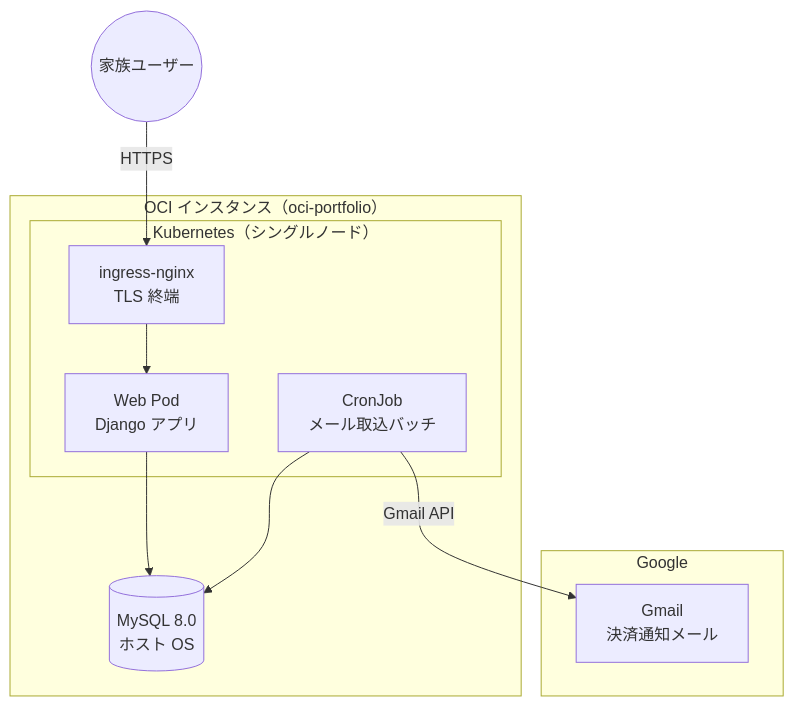
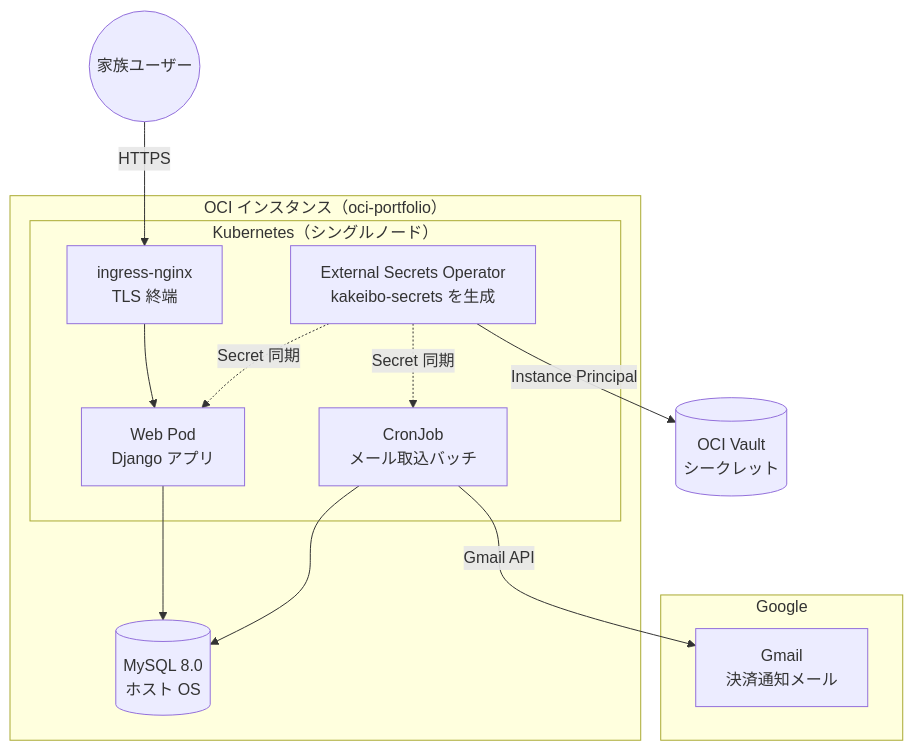
Before and after one commit to Seiya-Nakagawa/kakeibo: the first of 3 diagrams in docs/02.設計/基本設計書.md, drawn with Mermaid. The commit also changed other lines of this file and 5 other files, not shown here.

First line of the commit message:
feat: 本番のシークレットをOCI Vault + External Secrets Operatorで管理する (#34) (#83)

````diff
--- a/docs/02.設計/基本設計書.md
+++ b/docs/02.設計/基本設計書.md
@@ -45,21 +45,27 @@
 ```mermaid
 graph TD
     subgraph Google
         Gmail[Gmail<br/>決済通知メール]
     end
 
     subgraph OCI["OCI インスタンス（oci-portfolio）"]
         subgraph K8S["Kubernetes（シングルノード）"]
             Ingress[ingress-nginx<br/>TLS 終端]
             Web[Web Pod<br/>Django アプリ]
             CronImport[CronJob<br/>メール取込バッチ]
+            ESO[External Secrets Operator<br/>kakeibo-secrets を生成]
         end
         MySQL[(MySQL 8.0<br/>ホスト OS)]
     end
+
+    Vault[(OCI Vault<br/>シークレット)]
 
     User((家族ユーザー)) -->|HTTPS| Ingress
     Ingress --> Web
     Web --> MySQL
     CronImport -->|Gmail API| Gmail
     CronImport --> MySQL
+    ESO -->|Instance Principal| Vault
+    ESO -.->|Secret 同期| Web
+    ESO -.->|Secret 同期| CronImport
 ```
````
